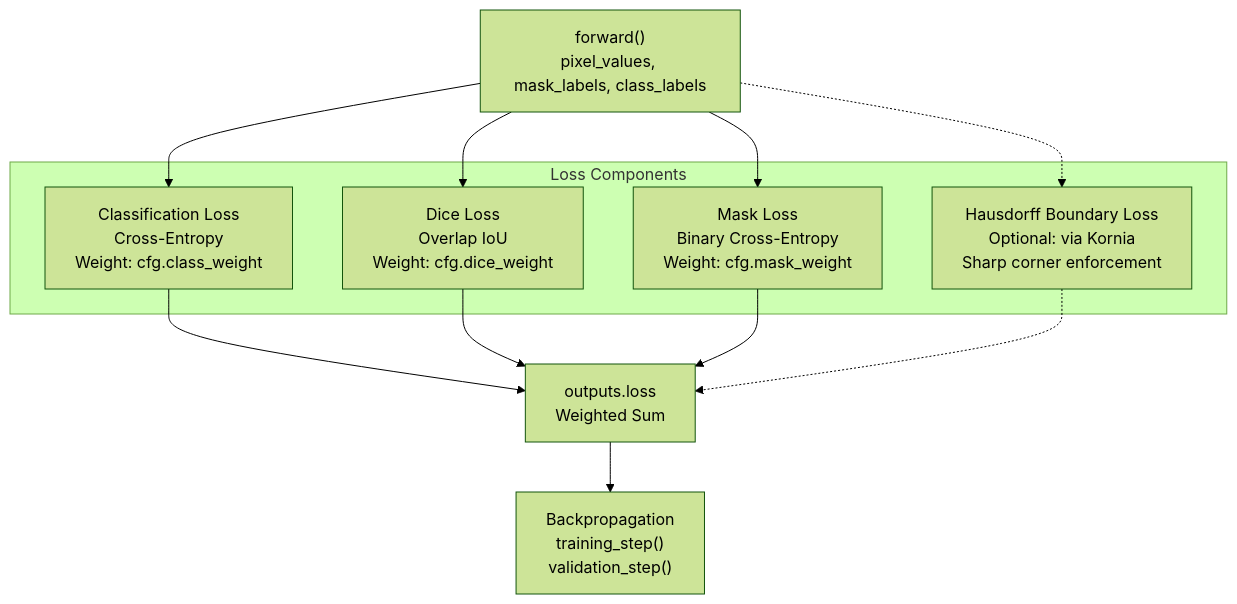
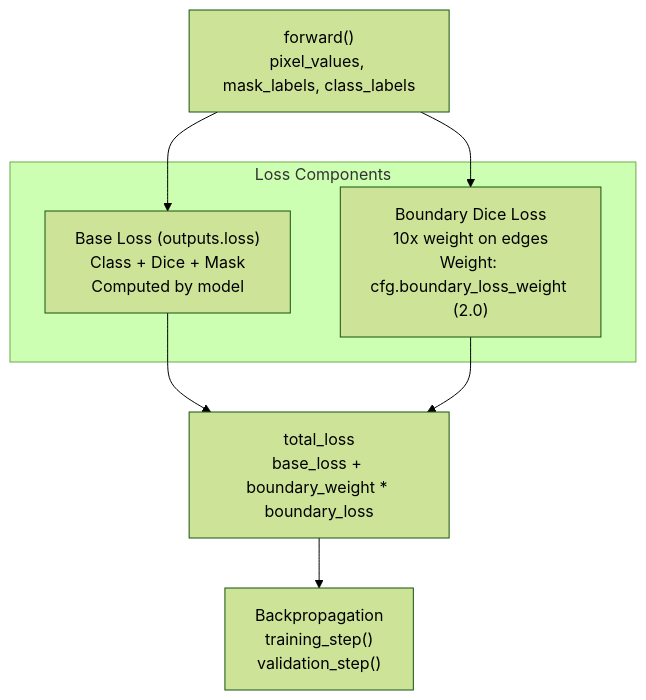
Before and after one commit to kshitijrajsharma/swinv2-mask2former-drone: the fourth of 5 diagrams in docs/Model_architecture.md, drawn with Mermaid (forest theme). The commit also changed other lines of this file and 2 other files, not shown here.

Commit message:
docs : update the docs of model !

````diff
--- a/docs/Model_architecture.md
+++ b/docs/Model_architecture.md
@@ -200,23 +201,17 @@
 ```mermaid
 graph TB
     Forward["forward()<br/>pixel_values, mask_labels, class_labels"]
     
     subgraph Losses["Loss Components"]
-        ClassLoss["Classification Loss<br/>Cross-Entropy<br/>Weight: cfg.class_weight"]
-        DiceLoss["Dice Loss<br/>Overlap IoU<br/>Weight: cfg.dice_weight"]
-        MaskLoss["Mask Loss<br/>Binary Cross-Entropy<br/>Weight: cfg.mask_weight"]
-        BoundaryLoss["Hausdorff Boundary Loss<br/>Optional: via Kornia<br/>Sharp corner enforcement"]
+        BaseLoss["Base Loss (outputs.loss)<br/>Class + Dice + Mask<br/>Computed by model"]
+        BoundaryLoss["Boundary Dice Loss<br/>10x weight on edges<br/>Weight: cfg.boundary_loss_weight (2.0)"]
     end
     
-    Forward --> ClassLoss
-    Forward --> DiceLoss
-    Forward --> MaskLoss
-    Forward -.-> BoundaryLoss
+    Forward --> BaseLoss
+    Forward --> BoundaryLoss
     
-    ClassLoss --> Total["outputs.loss<br/>Weighted Sum"]
-    DiceLoss --> Total
-    MaskLoss --> Total
-    BoundaryLoss -.-> Total
+    BaseLoss --> Total["total_loss<br/>base_loss + boundary_weight * boundary_loss"]
+    BoundaryLoss --> Total
     
     Total --> BackProp["Backpropagation<br/>training_step()<br/>validation_step()"]
 ```
````
